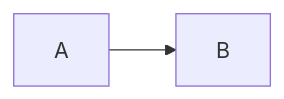
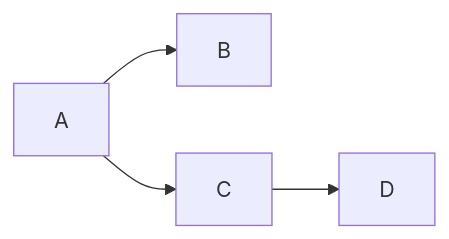
The diagram in _posts/2019-10-28-inform_security_1_2.md (ghostmorgan/ghostmorgan.github.io), drawn with Mermaid before and after one commit.

```diff
--- a/_posts/2019-10-28-inform_security_1_2.md
+++ b/_posts/2019-10-28-inform_security_1_2.md
@@ -35,4 +35,6 @@
 <div class="mermaid">
-graph LR;
-  A-->B;
+graph LR
+   A --> B
+   A -->C
+   C -->D
 </div>
```
